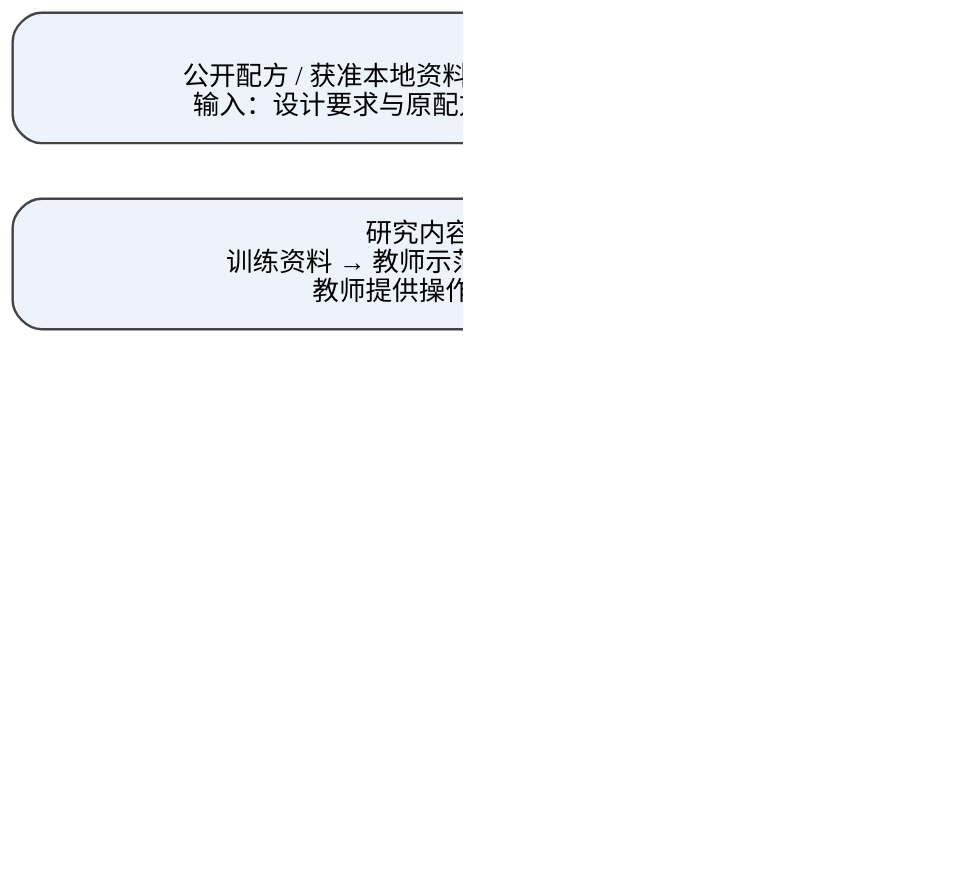
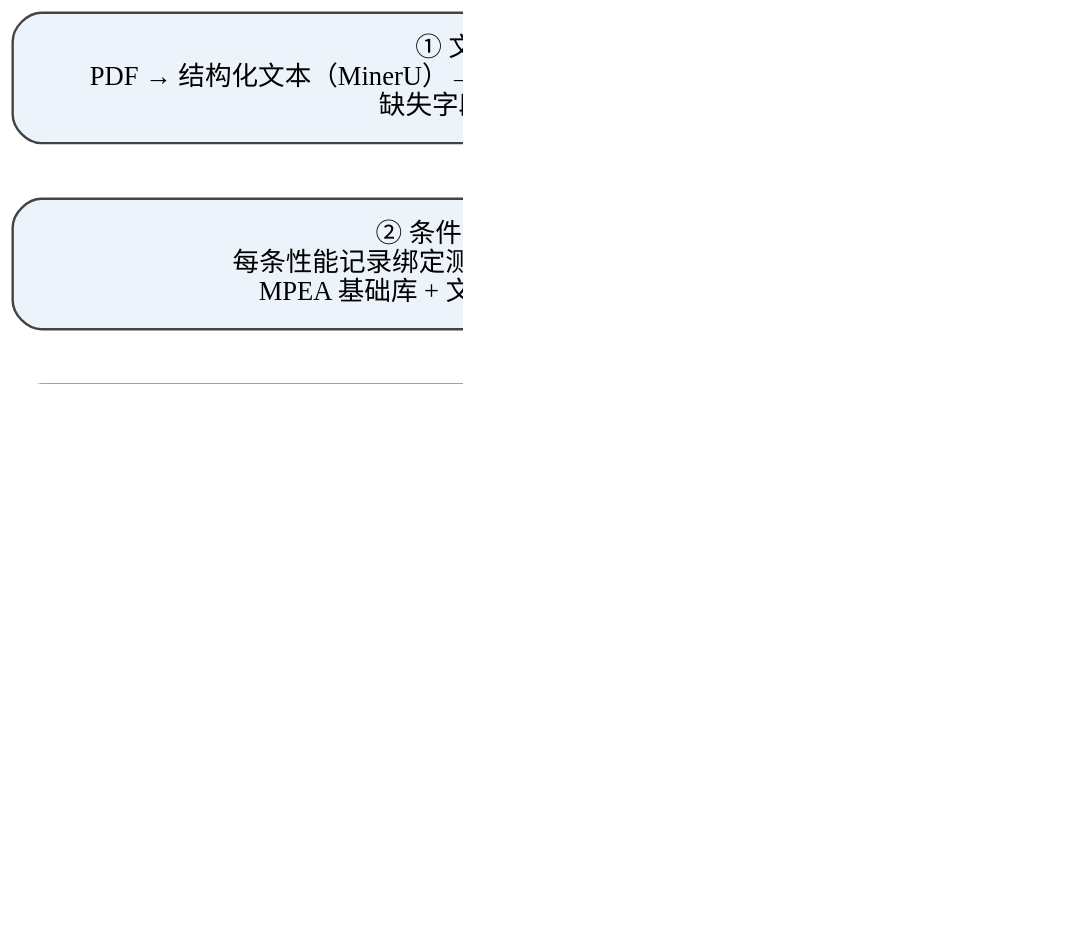
One commit to ywb-git/my-paper changed the diagram in 开题报告_领域小模型蒸馏与知识增强/V4_范本对齐_2026-10-26/技术路线.dot. Above: the diagram before and after it, drawn with Graphviz. The commit also changed 3 other files, not shown here.

First line of the commit message:
重画技术路线图并同步更新 HTML 说明页到 RAG 内核

```diff
--- a/开题报告_领域小模型蒸馏与知识增强/V4_范本对齐_2026-10-26/技术路线.dot
+++ b/开题报告_领域小模型蒸馏与知识增强/V4_范本对齐_2026-10-26/技术路线.dot
@@ -1,12 +1,12 @@
 digraph G {
   graph [rankdir=TB, bgcolor="white", nodesep=0.3, ranksep=0.32, dpi=180];
   node [shape=box, style="rounded,filled", fontname="SimSun", fontsize=11,
         fillcolor="#FFFFFF", color="#444444", margin="0.2,0.13", width=6.5];
   edge [color="#555555", arrowsize=0.7];
-  a [label="资料与任务准备\n公开配方 / 获准本地资料 → 来源关联分组 → 训练、开发、测试隔离\n输入：设计要求与原配方　输出：候选成分、修改说明、参考依据", fillcolor="#EDF3FA"];
-  b [label="研究内容一：可核验的任务蒸馏数据\n训练资料 → 教师示范 → 约束扰动后重验 → 来源与条件绑定\n教师提供操作示范，不编造新配方的真实性能", fillcolor="#EDF3FA"];
-  c [label="研究内容二：选择性蒸馏（主要算法改进）\n学生诊断：可执行失误　＋　约束组合覆盖　－　冗余\n预算上限内正效用选样 → QLoRA 适配 → 保存本地模型", fillcolor="#F2F7EE"];
-  d [label="研究内容三：知识增强与约束生成\n本地检索可比实例 → 分步成分生成 → 数值检查与有限修正\n共用来源类型与约束状态；模型、检索、工具均在本地", fillcolor="#FBF3EC"];
-  e [label="验证与交付\n同底座、同预算强基线 → 组件消融 → 同条件教师比较\n任务质量与差距区间 / 候选多样性 / 资源代价 / 可追溯性\n交付：本地辅助原型；新配方仍须独立核验", fillcolor="#EFEFEF", penwidth=1.5];
+  a [label="① 文献解析与条件字段抽取\nPDF → 结构化文本（MinerU）→ 抽取成分、性能、测试温度、制备工艺、试验类型\n缺失字段标注为未知，不默认填充", fillcolor="#EDF3FA"];
+  b [label="② 条件元组绑定与本地知识库构建\n每条性能记录绑定测试温度、制备工艺、试验类型三类条件\nMPEA 基础库 + 文献补充库，统一记录结构与来源标识", fillcolor="#EDF3FA"];
+  c [label="③ 条件感知检索（研究内容一）\n按语义与条件召回候选 → 规则判定相符／冲突／未知\n规则可判定约 89%＋7%，冲突样本占约 58%", fillcolor="#F2F7EE"];
+  d [label="④ 条件冲突处置与答案生成（研究内容二）\n规则处置基线 vs 小模型处置（经过程示范蒸馏）\n相符作直接支持／冲突降级或排除／未知标注不确定\n答案强制标注所依据记录的条件", fillcolor="#FBF3EC"];
+  e [label="⑤ 评估与归因\n分问题类型答案正确率；按有无干扰项分层增益\n错误三类归因：检索未命中／条件误用／生成错误\nOracle 设置分离检索、条件处理、生成三环节", fillcolor="#EFEFEF", penwidth=1.5];
   a -> b -> c -> d -> e;
 }
```
